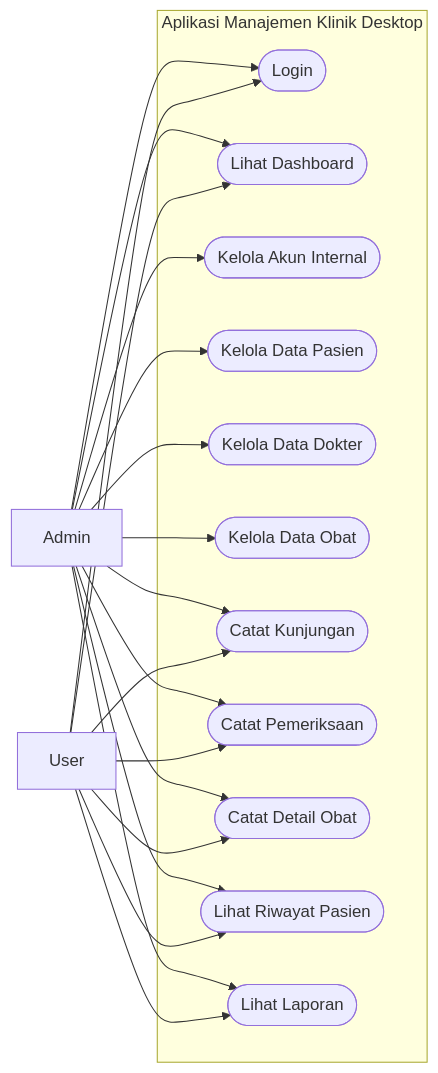
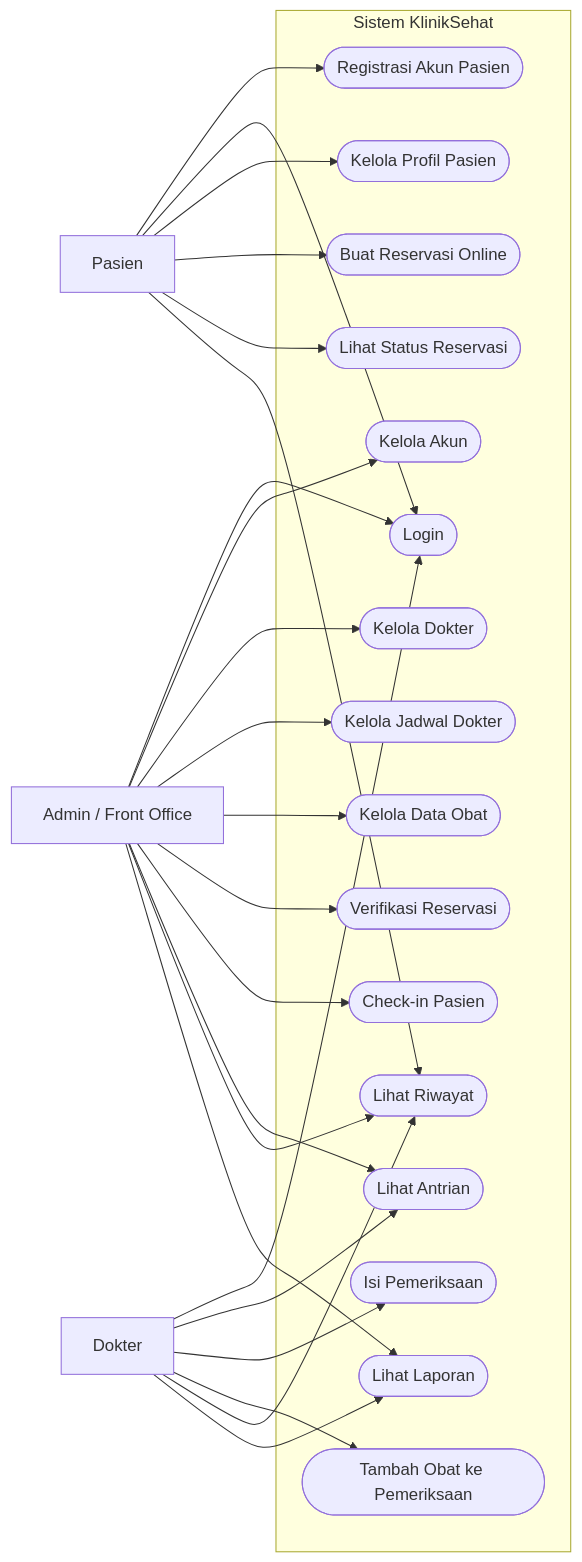
Before and after one commit to Mubax5/Klinik-Sehat: the first of 9 diagrams in README.md, drawn with Mermaid. The commit also changed other lines of this file, not shown here.

````diff
--- a/README.md
+++ b/README.md
@@ -425,39 +546,49 @@
 ```mermaid
 flowchart LR
-    A[Admin]
-    U[User]
+    A[Admin / Front Office]
+    D[Dokter]
+    P[Pasien]
 
-    subgraph Sistem[Aplikasi Manajemen Klinik Desktop]
-        UC1([Login])
-        UC2([Lihat Dashboard])
-        UC3([Kelola Akun Internal])
-        UC4([Kelola Data Pasien])
-        UC5([Kelola Data Dokter])
+    subgraph Sistem[Sistem KlinikSehat]
+        UC1([Registrasi Akun Pasien])
+        UC2([Login])
+        UC3([Kelola Akun])
+        UC4([Kelola Dokter])
+        UC5([Kelola Jadwal Dokter])
         UC6([Kelola Data Obat])
-        UC7([Catat Kunjungan])
-        UC8([Catat Pemeriksaan])
-        UC9([Catat Detail Obat])
-        UC10([Lihat Riwayat Pasien])
-        UC11([Lihat Laporan])
+        UC7([Kelola Profil Pasien])
+        UC8([Buat Reservasi Online])
+        UC9([Lihat Status Reservasi])
+        UC10([Verifikasi Reservasi])
+        UC11([Check-in Pasien])
+        UC12([Lihat Antrian])
+        UC13([Isi Pemeriksaan])
+        UC14([Tambah Obat ke Pemeriksaan])
+        UC15([Lihat Riwayat])
+        UC16([Lihat Laporan])
     end
 
-    A --> UC1
+    P --> UC1
     A --> UC2
+    D --> UC2
+    P --> UC2
+
     A --> UC3
     A --> UC4
     A --> UC5
     A --> UC6
-    A --> UC7
-    A --> UC8
-    A --> UC9
+    P --> UC7
+    P --> UC8
+    P --> UC9
     A --> UC10
     A --> UC11
-
-    U --> UC1
-    U --> UC2
-    U --> UC7
-    U --> UC8
-    U --> UC9
-    U --> UC10
-    U --> UC11
+    A --> UC12
+    D --> UC12
+    D --> UC13
+    D --> UC14
+    A --> UC15
+    D --> UC15
+    P --> UC15
+    A --> UC16
+    D --> UC16
 ```
````
